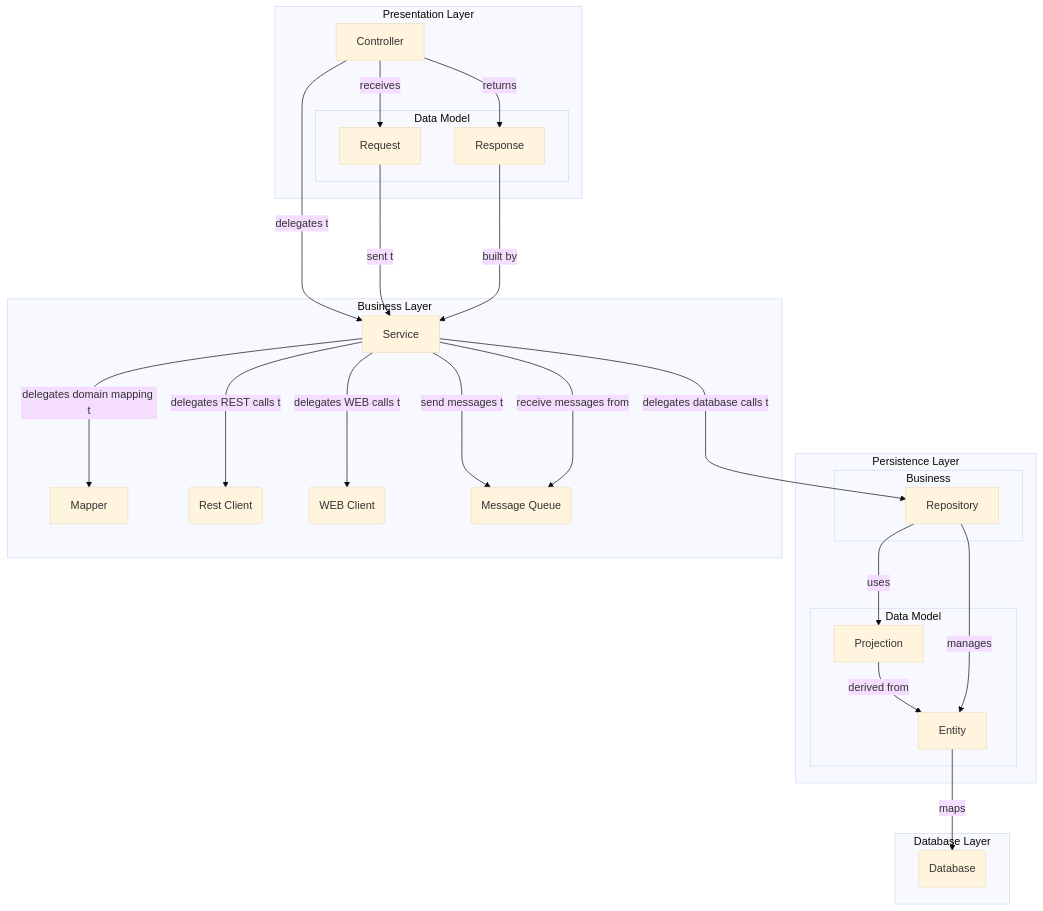
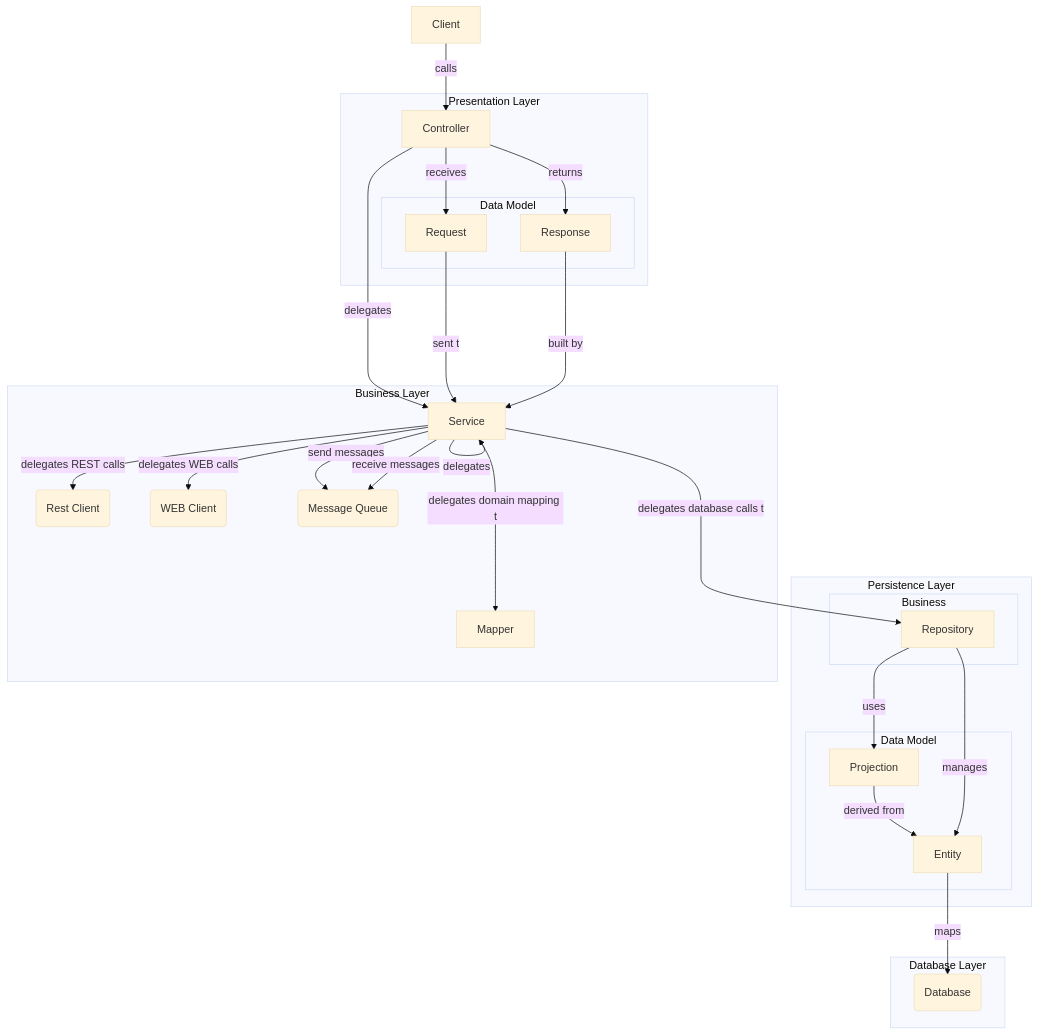
The diagram in architecture/Layered architecture guidelines.md (ghitacornel/docs), drawn with Mermaid (base theme) before and after one commit.

````diff
--- a/architecture/Layered architecture guidelines.md
+++ b/architecture/Layered architecture guidelines.md
@@ -2,36 +2,38 @@
 ```mermaid
 graph v
     subgraph Database Layer
         DB(Database)
     end
     subgraph Persistence Layer
         subgraph Data Model
             Projection--derived from-->Entity
         end
         subgraph Business
             Repository
         end
         Entity--maps-->DB
         Repository--manages-->Entity
         Repository--uses-->Projection
     end
     subgraph Business Layer
         Service--delegates database calls to-->Repository
         Service--delegates domain mapping to-->Mapper
-        Service--delegates REST calls to-->REST(Rest Client)
-        Service--delegates WEB calls to-->WEB(WEB Client)
-        Service--send messages to-->MQ(Message Queue)
-        Service--receive messages from-->MQ(Message Queue)
+        Service--delegates REST calls-->REST(Rest Client)
+        Service--delegates WEB calls-->WEB(WEB Client)
+        Service--send messages-->MQ(Message Queue)
+        Service--receive messages-->MQ(Message Queue)
+        Service--delegates-->Service
     end
     subgraph Presentation Layer
         subgraph Data Model
             Request
             Response
         end
         Controller--receives-->Request
         Controller--returns-->Response
-        Controller--delegates to-->Service
+        Controller--delegates-->Service
         Request--sent to-->Service
         Response--built by-->Service
     end
+    Client--calls-->Controller
 ```
````
